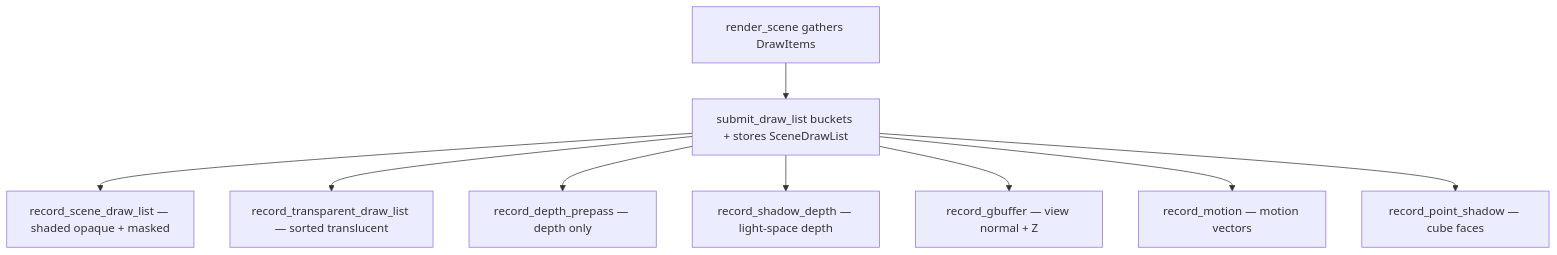
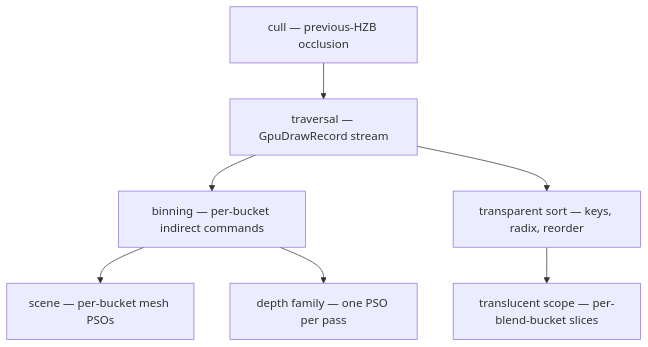
The diagram in docs/content/explanations/geometry-and-assets/draw-list.md (saffronjam/SaffronEngine), drawn with Mermaid before and after one commit. The commit also changed other lines of this file, not shown here.

First line of the commit message:
docs: rewrite the draw-list page for GPU-driven rendering

````diff
--- a/docs/content/explanations/geometry-and-assets/draw-list.md
+++ b/docs/content/explanations/geometry-and-assets/draw-list.md
@@ -111,11 +59,9 @@
 ```mermaid
 flowchart TD
-    A[render_scene gathers DrawItems] --> B[submit_draw_list buckets + stores SceneDrawList]
-    B --> C[record_scene_draw_list — shaded opaque + masked]
-    B --> D[record_transparent_draw_list — sorted translucent]
-    B --> E[record_depth_prepass — depth only]
-    B --> F[record_shadow_depth — light-space depth]
-    B --> G[record_gbuffer — view normal + Z]
-    B --> H[record_motion — motion vectors]
-    B --> I[record_point_shadow — cube faces]
+    A[cull — previous-HZB occlusion] --> B[traversal — GpuDrawRecord stream]
+    B --> C[binning — per-bucket indirect commands]
+    C --> D[scene — per-bucket mesh PSOs]
+    C --> E[depth family — one PSO per pass]
+    B --> F[transparent sort — keys, radix, reorder]
+    F --> G[translucent scope — per-blend-bucket slices]
 ```
````
